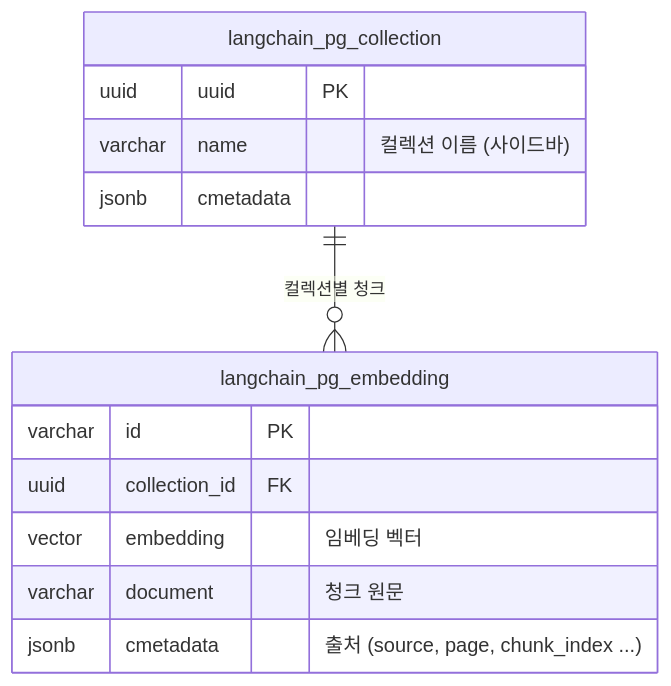
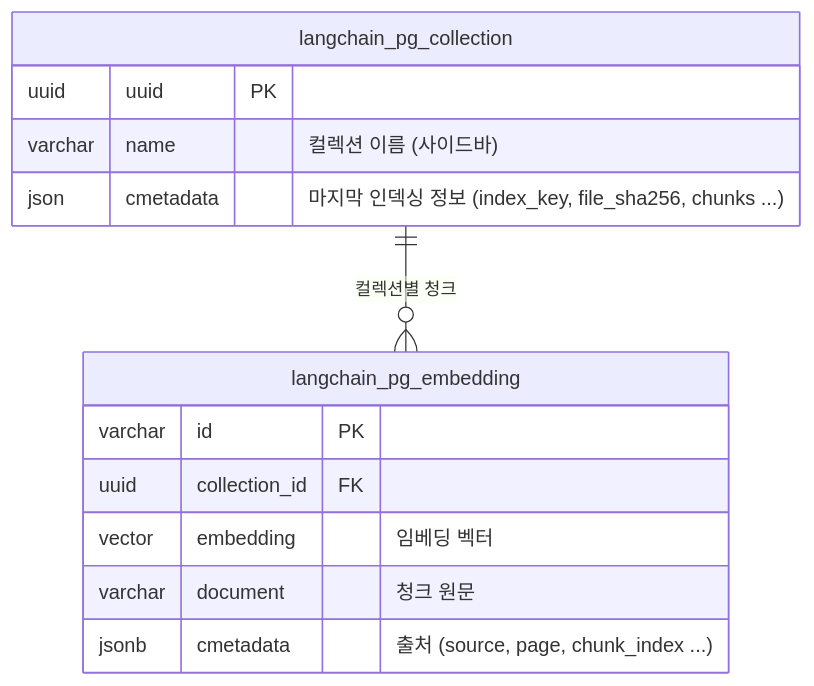
The sixth of 6 diagrams in docs/rag-pdf-pipeline/02-design.md (Kim-Minu/langchain-first), drawn with Mermaid before and after one commit. The commit also changed other lines of this file and 5 other files, not shown here.

````diff
--- a/docs/rag-pdf-pipeline/02-design.md
+++ b/docs/rag-pdf-pipeline/02-design.md
@@ -120,16 +142,16 @@
 ```mermaid
 erDiagram
     langchain_pg_collection ||--o{ langchain_pg_embedding : "컬렉션별 청크"
     langchain_pg_collection {
         uuid uuid PK
         varchar name "컬렉션 이름 (사이드바)"
-        jsonb cmetadata
+        json cmetadata "마지막 인덱싱 정보 (index_key, file_sha256, chunks ...)"
     }
     langchain_pg_embedding {
         varchar id PK
         uuid collection_id FK
         vector embedding "임베딩 벡터"
         varchar document "청크 원문"
         jsonb cmetadata "출처 (source, page, chunk_index ...)"
     }
 ```
````
